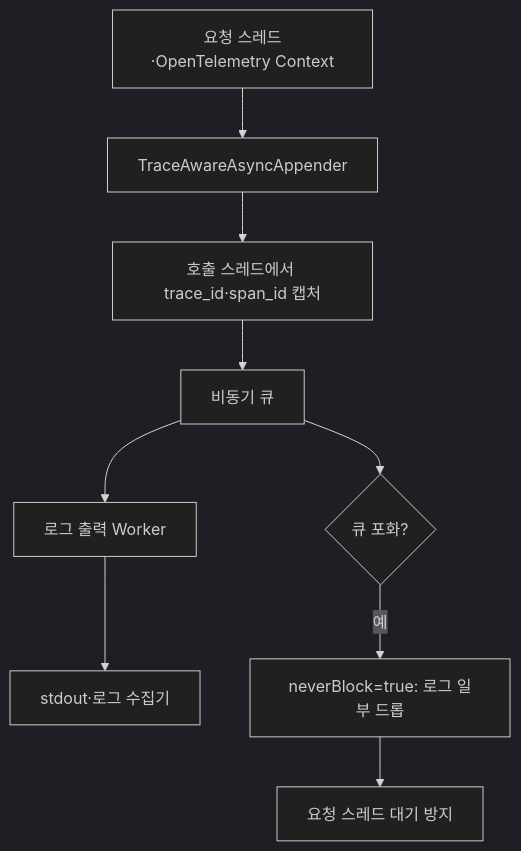
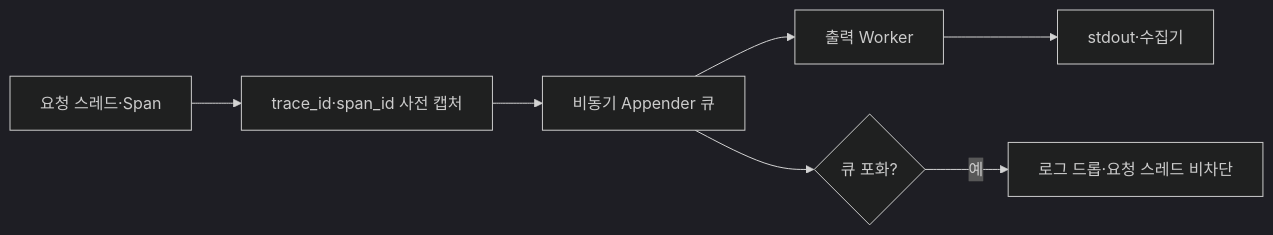
One commit to guseoh/cs changed the diagram in References/Tech Articles/Articles/2026/2026-10-27-로그가-서비스를-죽였다-75cb5dc0.md. Above: the diagram before and after it, drawn with Mermaid (dark theme). The commit also changed other lines of this file and 29 other files, not shown here.

````diff
--- a/References/Tech Articles/Articles/2026/2026-10-27-로그가-서비스를-죽였다-75cb5dc0.md
+++ b/References/Tech Articles/Articles/2026/2026-10-27-로그가-서비스를-죽였다-75cb5dc0.md
@@ -35,11 +35,9 @@
 ```mermaid
-flowchart TD
-  A[요청 스레드·OpenTelemetry Context] --> B[TraceAwareAsyncAppender]
-  B --> C[호출 스레드에서 trace_id·span_id 캡처]
-  C --> D[비동기 큐]
-  D --> E[로그 출력 Worker]
-  E --> F[stdout·로그 수집기]
-  D --> G{큐 포화?}
-  G -- 예 --> H[neverBlock=true: 로그 일부 드롭]
-  H --> I[요청 스레드 대기 방지]
+flowchart LR
+ A[요청 스레드·Span] --> B[trace_id·span_id 사전 캡처]
+ B --> C[비동기 Appender 큐]
+ C --> D[출력 Worker]
+ D --> E[stdout·수집기]
+ C --> F{큐 포화?}
+ F -- 예 --> G[로그 드롭·요청 스레드 비차단]
 ```
````
